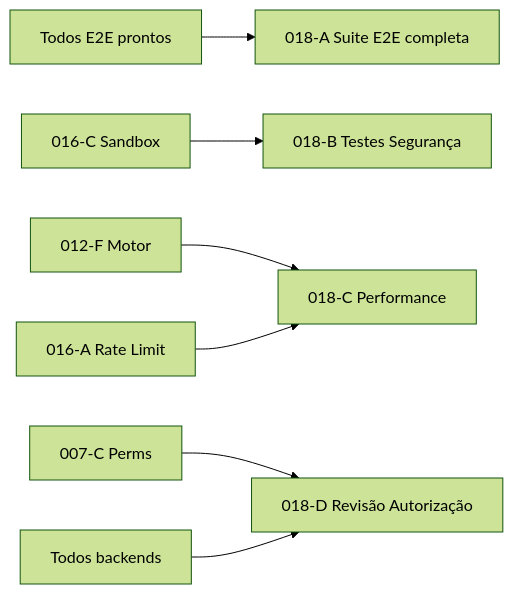
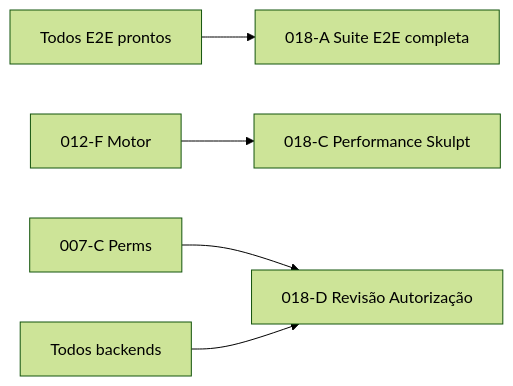
Diagram 12 of 13 in docs/requirements/ingenia-documents/issue_analysis.md (marquezzin/ingenia), drawn with Mermaid (forest theme) before and after one commit. The commit also changed other lines of this file and 15 other files, not shown here.

````diff
--- a/docs/requirements/ingenia-documents/issue_analysis.md
+++ b/docs/requirements/ingenia-documents/issue_analysis.md
@@ -441,9 +438,7 @@
 ```mermaid
 graph LR
     E_E2E[Todos E2E prontos] --> A018[018-A Suite E2E completa]
-    E016C[016-C Sandbox] --> B018[018-B Testes Segurança]
-    E012F[012-F Motor] --> C018[018-C Performance]
-    E016A[016-A Rate Limit] --> C018
+    E012F[012-F Motor] --> C018[018-C Performance Skulpt]
     E007C[007-C Perms] --> D018[018-D Revisão Autorização]
     E_backends[Todos backends] --> D018
 ```
````
